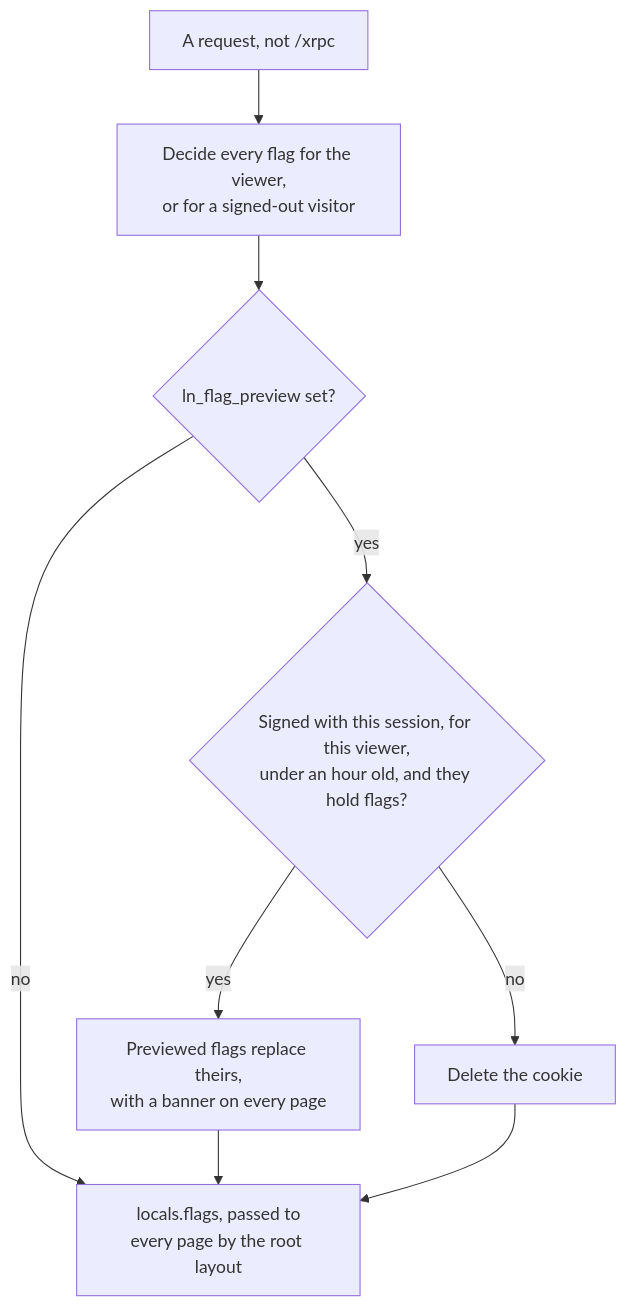
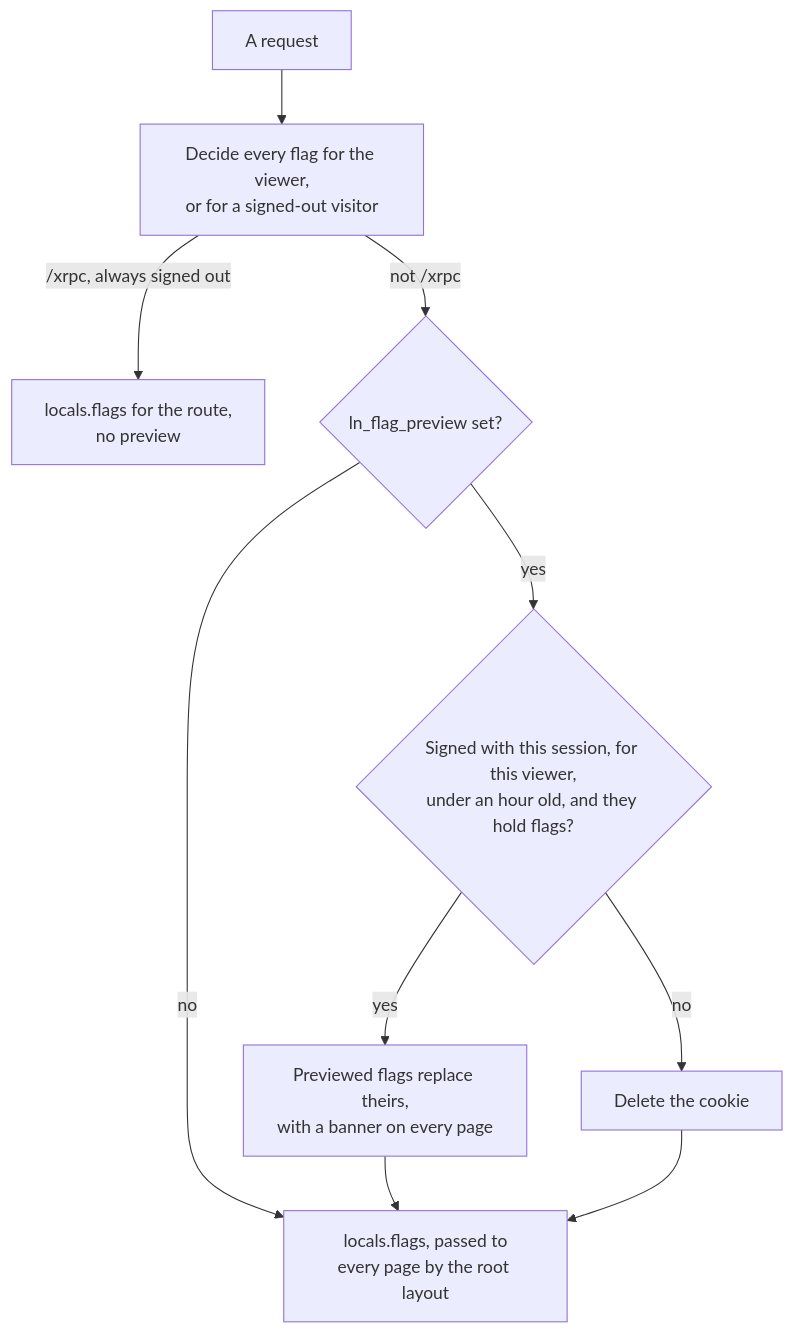
The second of 5 diagrams in apps/web/docs/diagrams/flags.md (cutenode/localnetwork), drawn with Mermaid before and after one commit. The commit also changed other lines of this file and 1 other file, not shown here.

Commit message:
docs(web): show xrpc calls getting a signed-out visitor's flags
Since #607 the server hook decides flags for /xrpc calls too, as a signed-out visitor's, and only skips the staff preview there. The request path in requests-and-routes and the flags on a page request in flags now show that.

````diff
--- a/apps/web/docs/diagrams/flags.md
+++ b/apps/web/docs/diagrams/flags.md
@@ -39,11 +39,12 @@
 ```mermaid
 flowchart TD
-  Request["A request, not /xrpc"] --> Decide["Decide every flag for the viewer,<br/>or for a signed-out visitor"]
-  Decide --> Cookie{"ln_flag_preview set?"}
+  Request["A request"] --> Decide["Decide every flag for the viewer,<br/>or for a signed-out visitor"]
+  Decide -- "/xrpc, always signed out" --> Route["locals.flags for the route,<br/>no preview"]
+  Decide -- "not /xrpc" --> Cookie{"ln_flag_preview set?"}
   Cookie -- "no" --> Locals["locals.flags, passed to<br/>every page by the root layout"]
   Cookie -- "yes" --> Valid{"Signed with this session, for this viewer,<br/>under an hour old, and they hold flags?"}
   Valid -- "yes" --> Merge["Previewed flags replace theirs,<br/>with a banner on every page"]
   Merge --> Locals
   Valid -- "no" --> Drop["Delete the cookie"]
   Drop --> Locals
 ```
````
